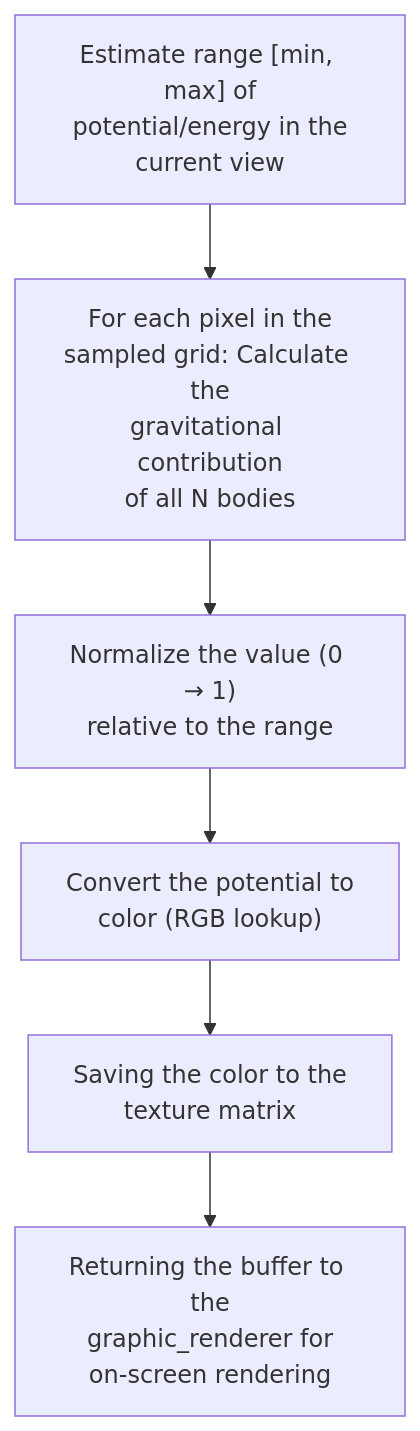
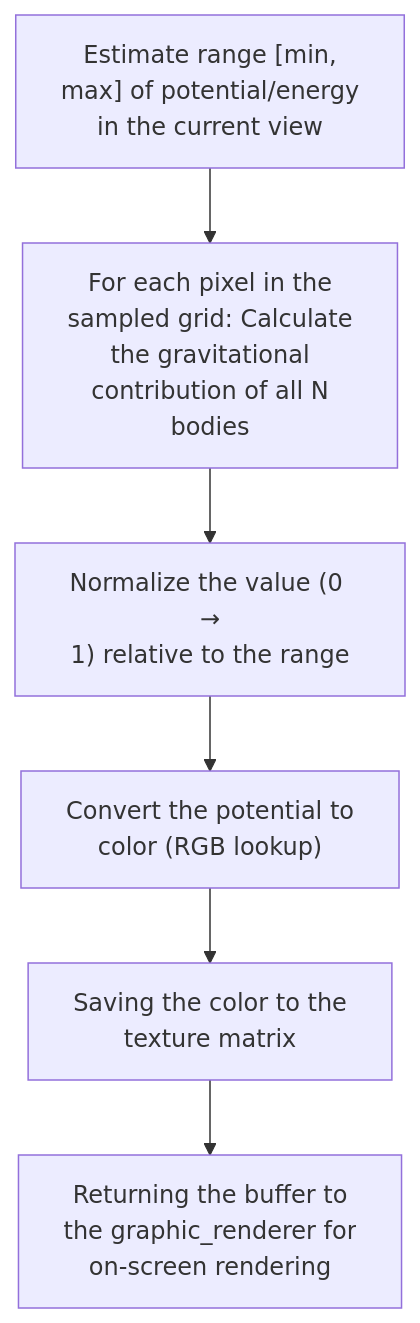
The fifth of 11 diagrams in ARCHITECTURE_DEEP_DIVE.md (alessandro-pioli/AstroCausal_Engine), drawn with Mermaid before and after one commit. The commit also changed other lines of this file and 2 other files, not shown here.

````diff
--- a/ARCHITECTURE_DEEP_DIVE.md
+++ b/ARCHITECTURE_DEEP_DIVE.md
@@ -462,8 +460,8 @@
 ```mermaid
 flowchart TD
-    A["Estimate range [min, max] of<br/>potential/energy in the<br/>current view"] --> B["For each pixel in the<br/>sampled grid: Calculate the<br/>gravitational contribution<br/>of all N bodies"]
-    B --> C["Normalize the value (0 → 1)<br/>relative to the range"]
+    A["Estimate range [min,<br/>max] of potential/energy<br/>in the current view"] --> B["For each pixel in the<br/>sampled grid: Calculate<br/>the gravitational<br/>contribution of all N<br/>bodies"]
+    B --> C["Normalize the value (0 →<br/>1) relative to the range"]
     C --> D["Convert the potential to<br/>color (RGB lookup)"]
     D --> E["Saving the color to the<br/>texture matrix"]
-    E --> F["Returning the buffer to the<br/>graphic_renderer for<br/>on-screen rendering"]
+    E --> F["Returning the buffer to<br/>the graphic_renderer for<br/>on-screen rendering"]
 ```
````
